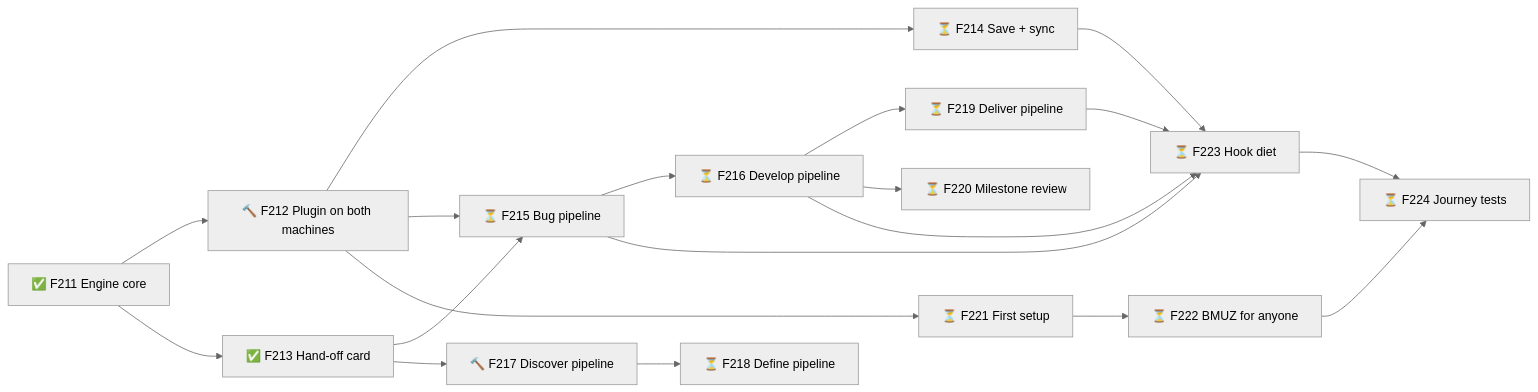
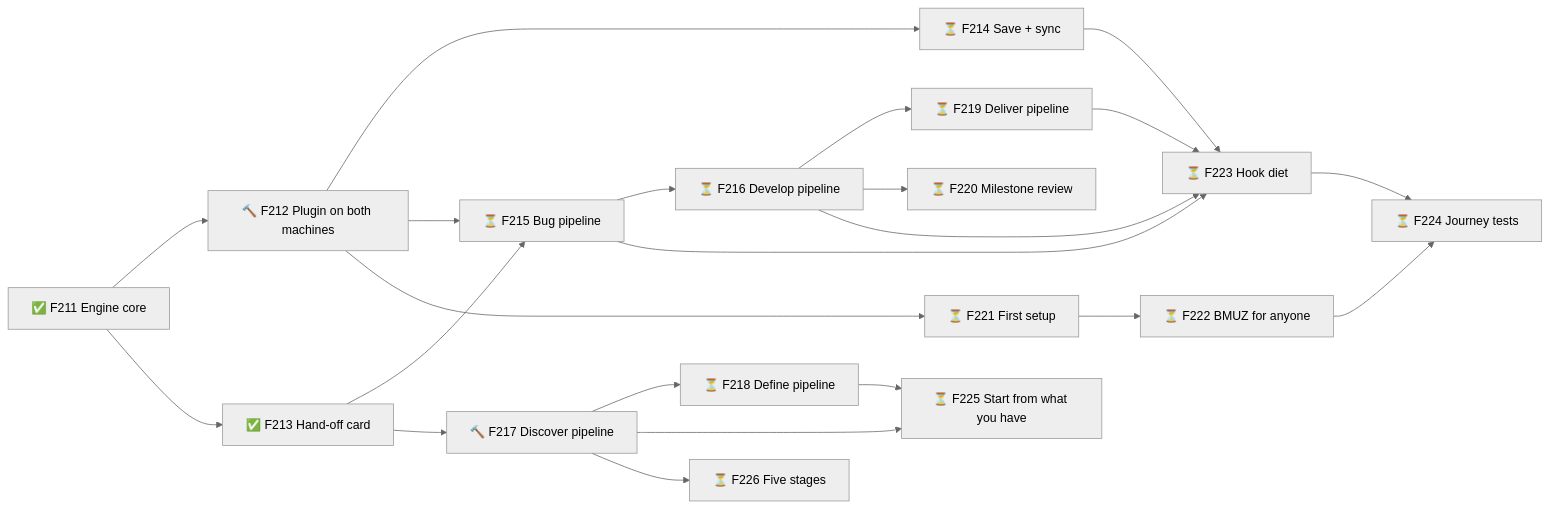
Before and after one commit to TheBlueMuzzy/framework: diagram 41 of 41 in .planning/ROADMAP.md, drawn with Mermaid (neutral theme). The commit also changed other lines of this file and 1 other file, not shown here.

Commit message:
Plan: F217 creative rebuild tasks · F225 — Start from what you have · F226 — Five stages, one meaning each

````diff
--- a/.planning/ROADMAP.md
+++ b/.planning/ROADMAP.md
@@ -660,21 +662,24 @@
 ```mermaid
 flowchart LR
   F211[✅ F211 Engine core] --> F212[🔨 F212 Plugin on both machines]
   F211 --> F213[✅ F213 Hand-off card]
   F212 --> F214[⏳ F214 Save + sync]
   F212 --> F215[⏳ F215 Bug pipeline]
   F213 --> F215
   F215 --> F216[⏳ F216 Develop pipeline]
   F213 --> F217[🔨 F217 Discover pipeline]
   F217 --> F218[⏳ F218 Define pipeline]
   F216 --> F219[⏳ F219 Deliver pipeline]
   F216 --> F220[⏳ F220 Milestone review]
   F212 --> F221[⏳ F221 First setup]
   F221 --> F222[⏳ F222 BMUZ for anyone]
   F214 --> F223[⏳ F223 Hook diet]
   F215 --> F223
   F216 --> F223
   F219 --> F223
   F223 --> F224[⏳ F224 Journey tests]
   F222 --> F224
+  F217 --> F225[⏳ F225 Start from what you have]
+  F218 --> F225
+  F217 --> F226[⏳ F226 Five stages]
 ```
````
